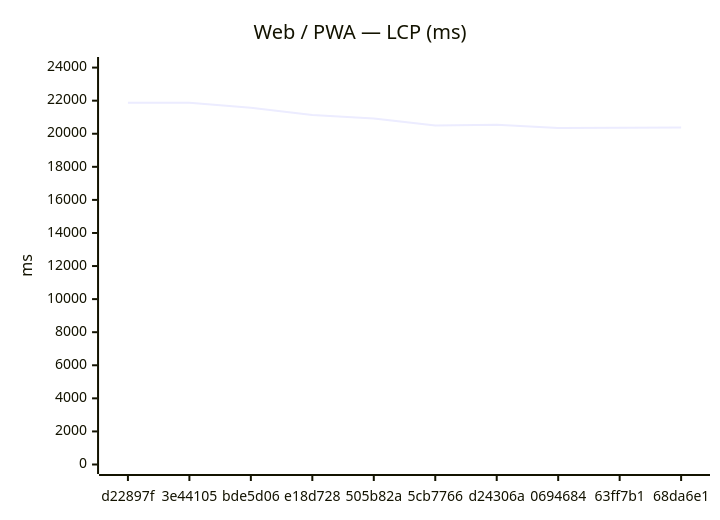
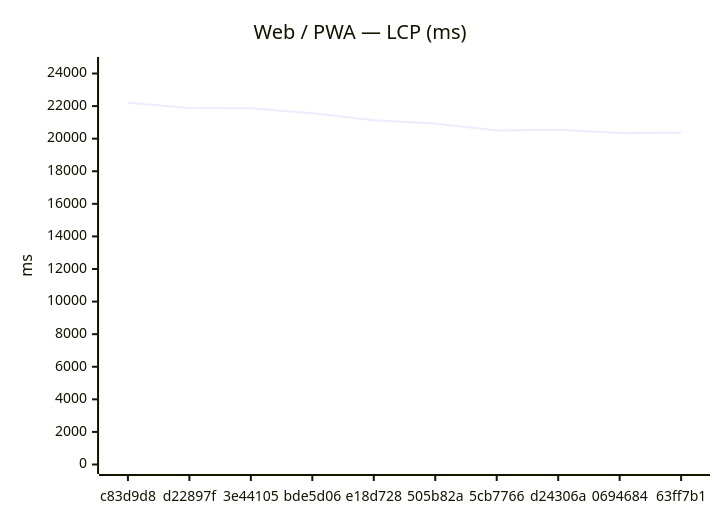
One commit to Metaheurist/Rianell changed the first of 18 diagrams in benchmarks/compare.md. Above: the diagram before and after it, drawn with Mermaid. The commit also changed other lines of this file and 11 other files, not shown here.

````diff
--- a/benchmarks/compare.md
+++ b/benchmarks/compare.md
@@ -24,7 +24,7 @@
 ```mermaid
 xychart-beta
     title "Web / PWA — LCP (ms)"
-    x-axis ["d22897f", "3e44105", "bde5d06", "e18d728", "505b82a", "5cb7766", "d24306a", "0694684", "63ff7b1", "68da6e1"]
-    y-axis "ms" 0 --> 24066
-    line [21878, 21870, 21566, 21132, 20925, 20504, 20549, 20346, 20361, 20380]
+    x-axis ["c83d9d8", "d22897f", "3e44105", "bde5d06", "e18d728", "505b82a", "5cb7766", "d24306a", "0694684", "63ff7b1"]
+    y-axis "ms" 0 --> 24430
+    line [22209, 21878, 21870, 21566, 21132, 20925, 20504, 20549, 20346, 20361]
 ```
````
